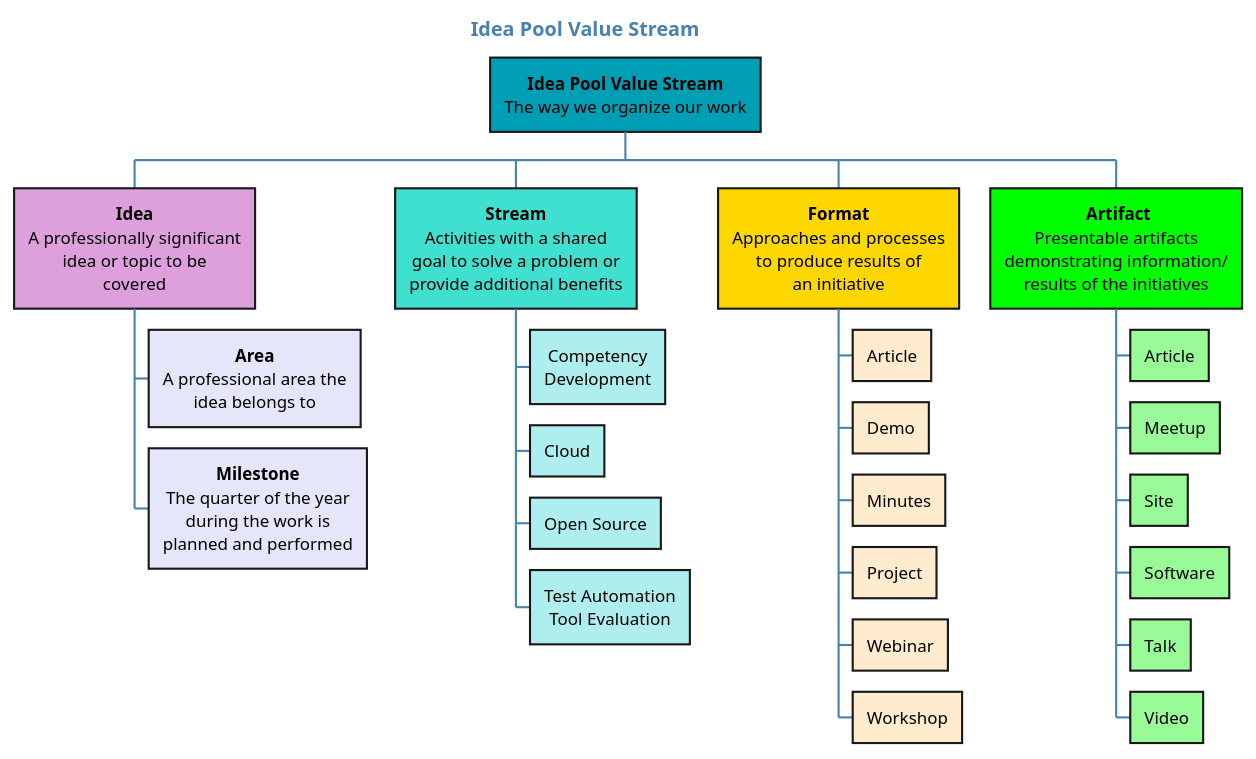
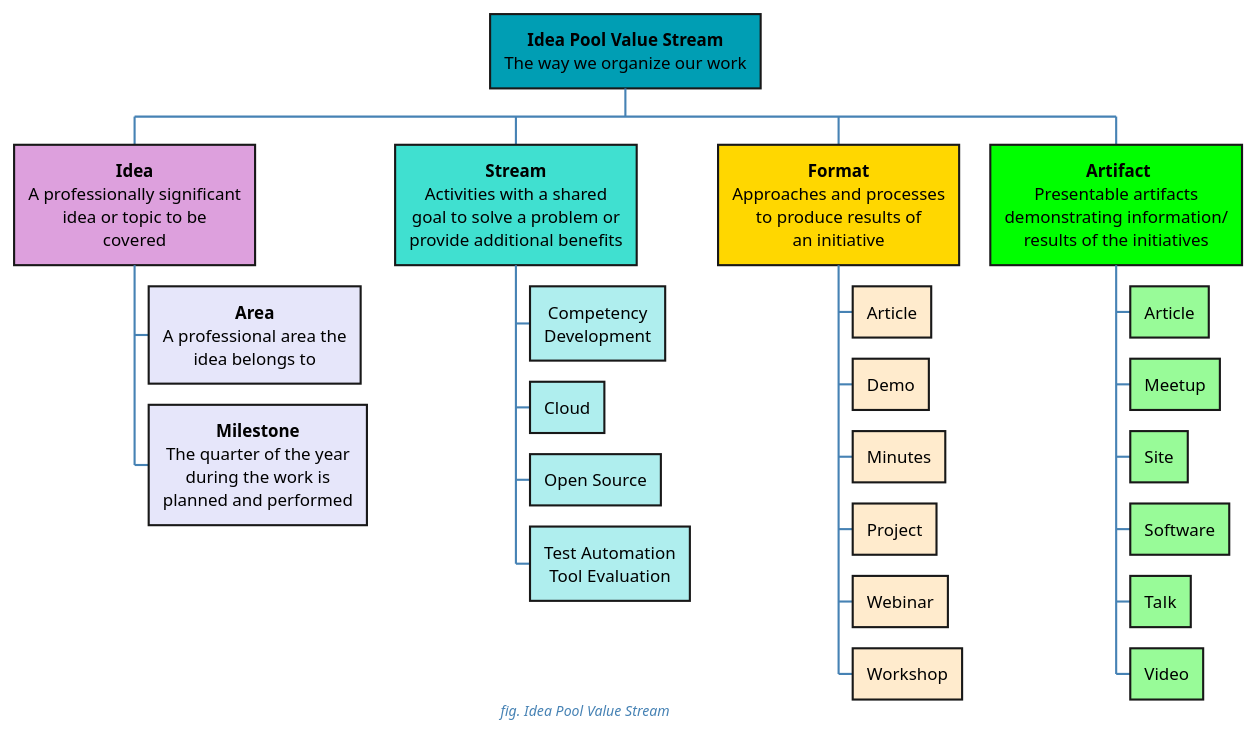
Before and after one commit to Idea-Pool/topics: the diagram in docs/uml/value_stream_v2.puml, drawn with PlantUML. The commit also changed 12 other files, not shown here.

Commit message:
Updated diagram titles/captions

```diff
--- a/docs/uml/value_stream_v2.puml
+++ b/docs/uml/value_stream_v2.puml
@@ -1,65 +1,70 @@
 @startwbs
-
-title Idea Pool Value Stream
 
 skinparam defaultTextAlignment center
 skinparam backgroundColor transparent
-skinparam titleFontColor SteelBlue
+
+skinparam caption {
+    FontColor SteelBlue
+    FontStyle italic
+    FontSize 10pt
+}
 
 skinparam arrow {
     Color SteelBlue
     FontColor SteelBlue
 }
+
+caption fig. Idea Pool Value Stream
 
 +[#009eb4]:**Idea Pool Value Stream**
 The way we organize our work;
 
 ++[#Plum]:**Idea**
 A professionally significant
 idea or topic to be
 covered;
 
 ++-[#Lavender]:**Area**
 A professional area the
 idea belongs to;
 
 +++[#Lavender]:**Milestone**
 The quarter of the year
 during the work is
 planned and performed;
 
 ++[#Turquoise]:**Stream**
 Activities with a shared
 goal to solve a problem or
 provide additional benefits;
 
 +++[#PaleTurquoise] Competency\nDevelopment
 +++[#PaleTurquoise] Cloud
 +++[#PaleTurquoise] Open Source
 +++[#PaleTurquoise] Test Automation\nTool Evaluation
 
 ++[#Gold]:**Format**
 Approaches and processes
 to produce results of
 an initiative;
 
 +++[#BlanchedAlmond] Article
 +++[#BlanchedAlmond] Demo
 +++[#BlanchedAlmond] Minutes
 +++[#BlanchedAlmond] Project
 +++[#BlanchedAlmond] Webinar
 +++[#BlanchedAlmond] Workshop
 
 ++[#Lime]: **Artifact**
 Presentable artifacts
 demonstrating information/
 results of the initiatives;
 
 +++[#PaleGreen] Article
 +++[#PaleGreen] Meetup
 +++[#PaleGreen] Site
 +++[#PaleGreen] Software
 +++[#PaleGreen] Talk
 +++[#PaleGreen] Video
 
 @endwbs
```
